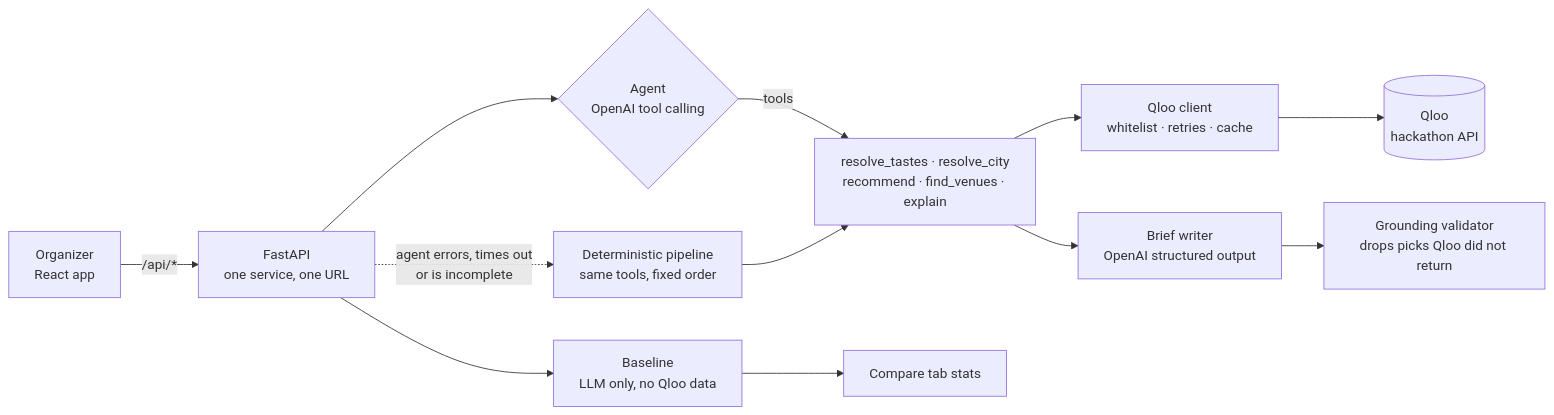
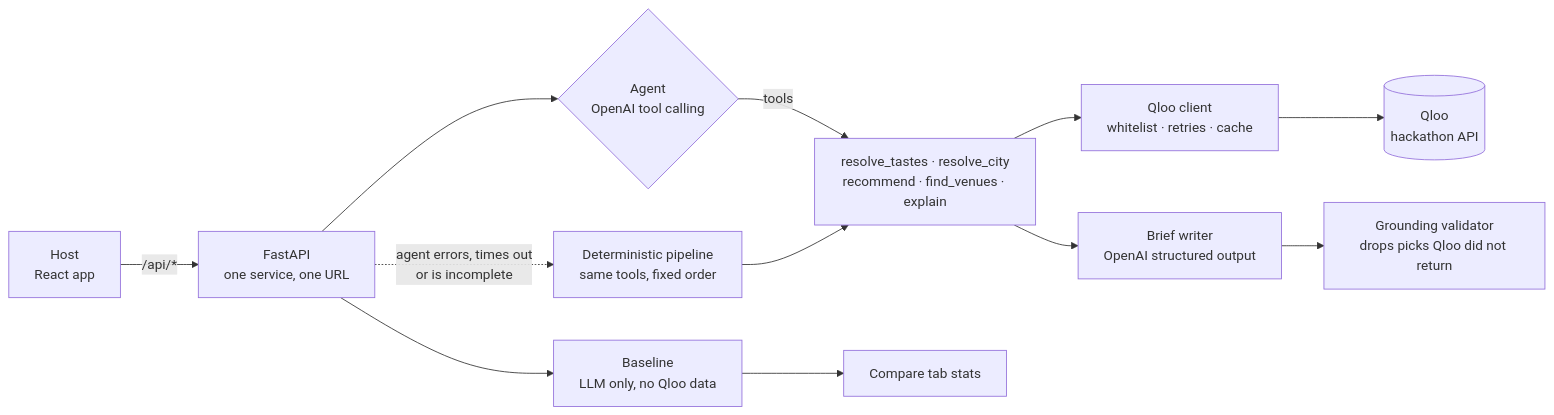
Before and after one commit to shedybaba/tasteroom: the diagram in README.md, drawn with Mermaid. The commit also changed other lines of this file and 21 other files, not shown here.

````diff
--- a/README.md
+++ b/README.md
@@ -80,14 +80,14 @@
 ```mermaid
 flowchart LR
-    U[Organizer<br/>React app] -->|/api/*| API[FastAPI<br/>one service, one URL]
+    U[Host<br/>React app] -->|/api/*| API[FastAPI<br/>one service, one URL]
     API --> AG{Agent<br/>OpenAI tool calling}
     AG -->|tools| T[resolve_tastes · resolve_city<br/>recommend · find_venues · explain]
     API -.->|agent errors, times out<br/>or is incomplete| PL[Deterministic pipeline<br/>same tools, fixed order]
     PL --> T
     T --> QC[Qloo client<br/>whitelist · retries · cache]
     QC --> Q[(Qloo<br/>hackathon API)]
     T --> BR[Brief writer<br/>OpenAI structured output]
     BR --> VAL[Grounding validator<br/>drops picks Qloo did not return]
     API --> BL[Baseline<br/>LLM only, no Qloo data]
     BL --> CMP[Compare tab stats]
 ```
````
